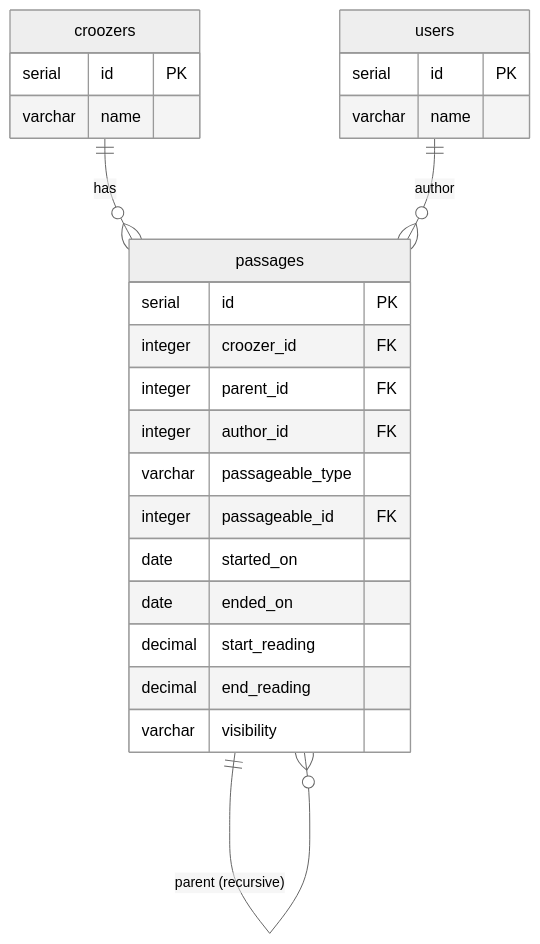
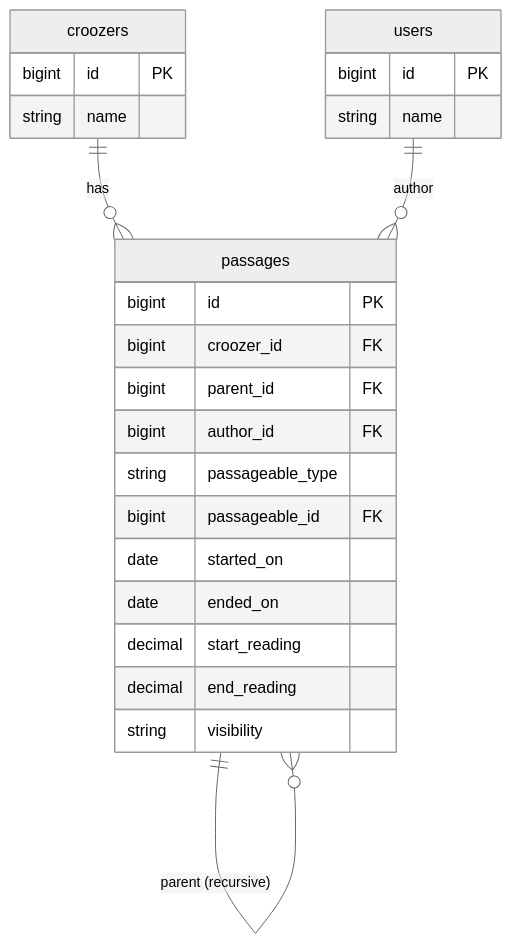
One commit to fcatuhe/crooz changed the fourth of 7 diagrams in .specs/schema.md. Above: the diagram before and after it, drawn with Mermaid (neutral theme). The commit also changed other lines of this file, not shown here.

Commit message:
Use Ruby types (bigint, string, text, etc.)

````diff
--- a/.specs/schema.md
+++ b/.specs/schema.md
@@ -247,30 +247,30 @@
 ```mermaid
 erDiagram
     croozers {
-        serial id PK
-        varchar name
+        bigint id PK
+        string name
     }
 
     users {
-        serial id PK
-        varchar name
+        bigint id PK
+        string name
     }
 
     passages {
-        serial id PK
-        integer croozer_id FK
-        integer parent_id FK
-        integer author_id FK
-        varchar passageable_type
-        integer passageable_id FK
+        bigint id PK
+        bigint croozer_id FK
+        bigint parent_id FK
+        bigint author_id FK
+        string passageable_type
+        bigint passageable_id FK
         date started_on
         date ended_on
         decimal start_reading
         decimal end_reading
-        varchar visibility
+        string visibility
     }
 
     croozers ||--o{ passages : "has"
     users ||--o{ passages : "author"
     passages ||--o{ passages : "parent (recursive)"
 ```
````
